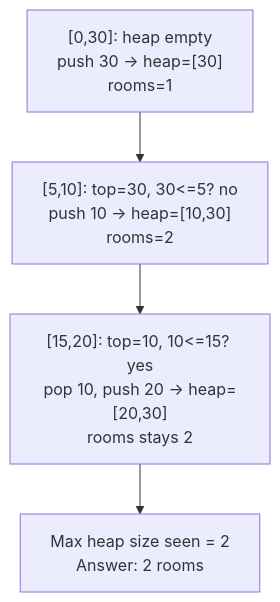
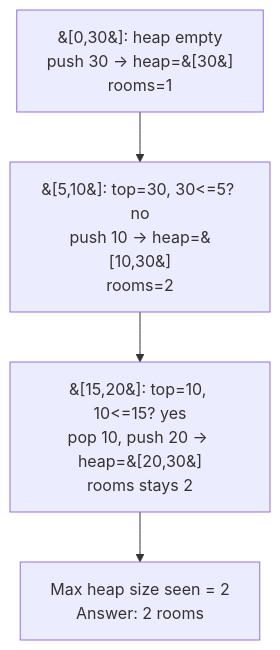
One commit to Aryan-Jadon18/dsa-placement-prep changed the diagram in topics/16-intervals/05-meeting-rooms-ii/README.md. Above: the diagram before and after it, drawn with Mermaid. The commit also changed 52 other files, not shown here.

First line of the commit message:
Fix Mermaid diagrams not rendering on GitHub

````diff
--- a/topics/16-intervals/05-meeting-rooms-ii/README.md
+++ b/topics/16-intervals/05-meeting-rooms-ii/README.md
@@ -57,6 +57,6 @@
 ```mermaid
 flowchart TD
-    A["[0,30]: heap empty<br/>push 30 -> heap=[30]<br/>rooms=1"] --> B["[5,10]: top=30, 30<=5? no<br/>push 10 -> heap=[10,30]<br/>rooms=2"]
-    B --> C["[15,20]: top=10, 10<=15? yes<br/>pop 10, push 20 -> heap=[20,30]<br/>rooms stays 2"]
+    A["&#91;0,30&#93;: heap empty<br/>push 30 -> heap=&#91;30&#93;<br/>rooms=1"] --> B["&#91;5,10&#93;: top=30, 30<=5? no<br/>push 10 -> heap=&#91;10,30&#93;<br/>rooms=2"]
+    B --> C["&#91;15,20&#93;: top=10, 10<=15? yes<br/>pop 10, push 20 -> heap=&#91;20,30&#93;<br/>rooms stays 2"]
     C --> D["Max heap size seen = 2<br/>Answer: 2 rooms"]
 ```
````
